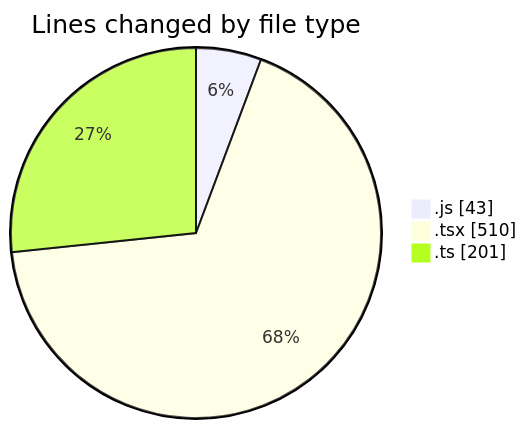
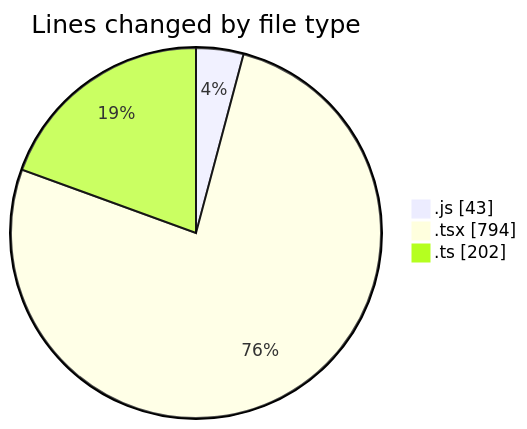
One commit to momahboobian/code-tracking changed the first of 2 diagrams in 2026-03-09/cda/README.md. Above: the diagram before and after it, drawn with Mermaid. The commit also changed other lines of this file and 1 other file, not shown here.

````diff
--- a/2026-03-09/cda/README.md
+++ b/2026-03-09/cda/README.md
@@ -26,7 +28,7 @@
 ```mermaid
 pie showData
 title Lines changed by file type
 ".js" : 43
-".tsx" : 510
-".ts" : 201
+".tsx" : 794
+".ts" : 202
 ```
````
